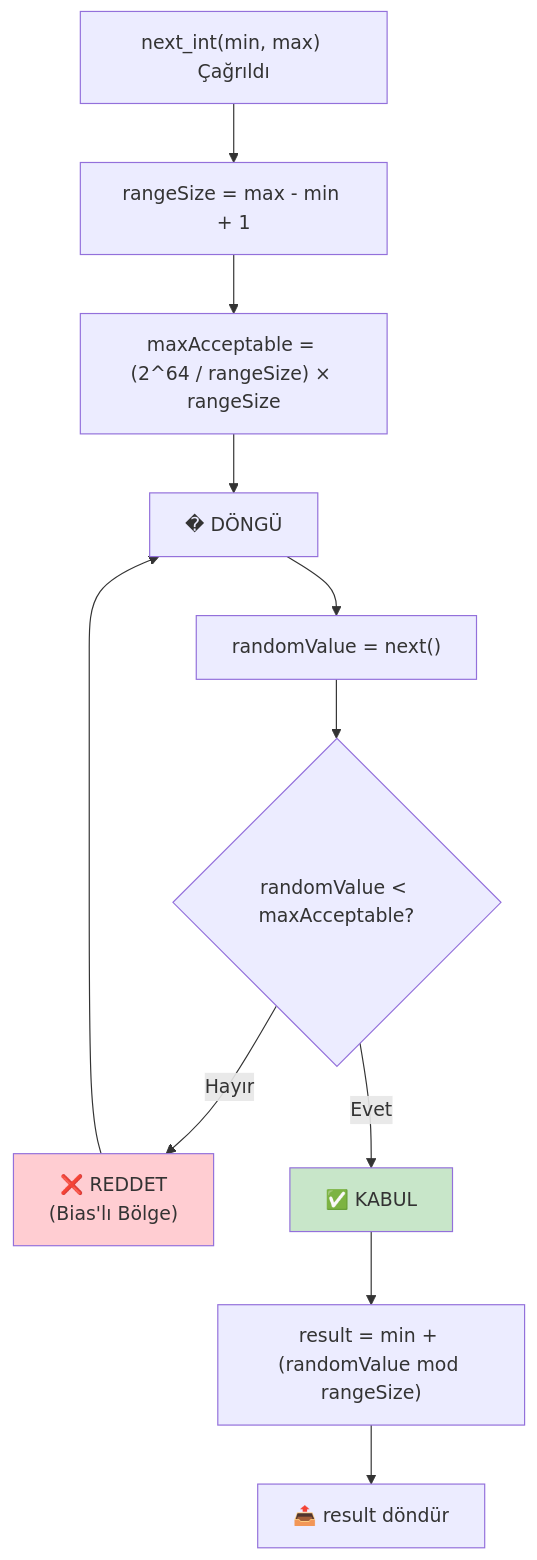
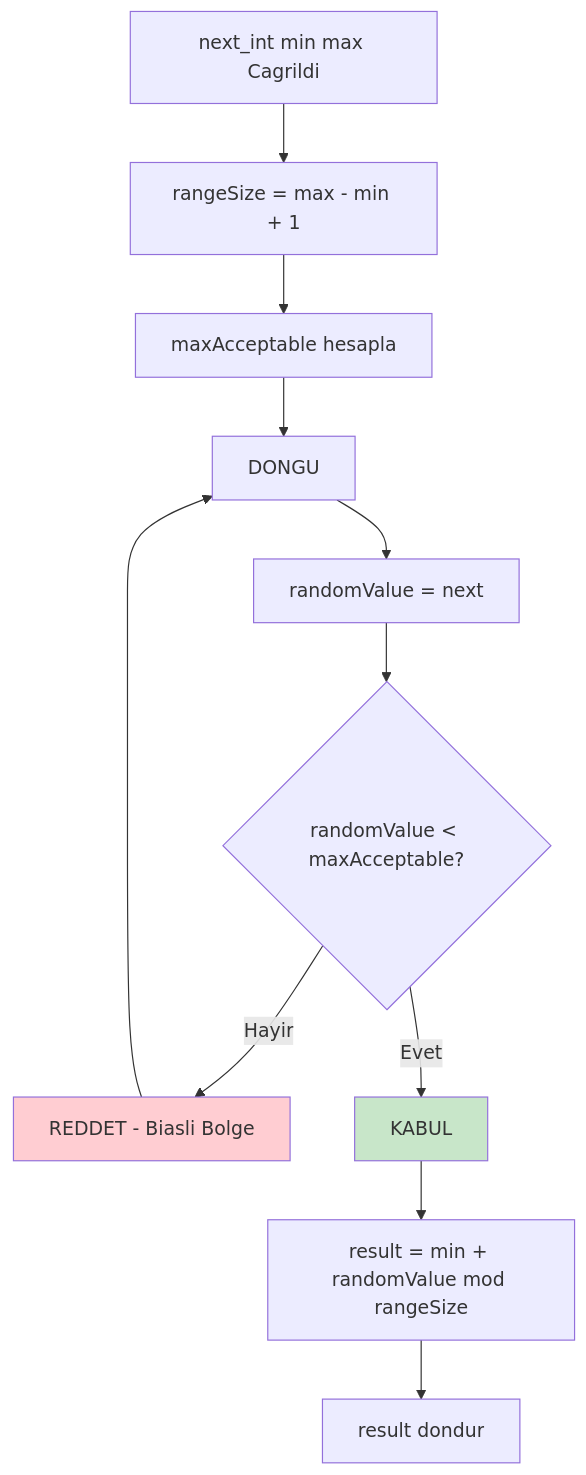
The seventh of 9 diagrams in docs/FLOWCHART.md (Samet230/Rastgele_Sayi_Ureteci), drawn with Mermaid before and after one commit. The commit also changed other lines of this file, not shown here.

Commit message:
fix: Mermaid syntax duzeltildi - GitHub uyumlulugu

````diff
--- a/docs/FLOWCHART.md
+++ b/docs/FLOWCHART.md
@@ -240,19 +240,19 @@
 ```mermaid
 flowchart TD
-    A["next_int(min, max) Çağrıldı"] --> B["rangeSize = max - min + 1"]
-    B --> C["maxAcceptable = (2^64 / rangeSize) × rangeSize"]
+    A["next_int min max Cagrildi"] --> B["rangeSize = max - min + 1"]
+    B --> C["maxAcceptable hesapla"]
     
-    C --> D["� DÖNGÜ"]
-    D --> E["randomValue = next()"]
+    C --> D["DONGU"]
+    D --> E["randomValue = next"]
     E --> F{randomValue < maxAcceptable?}
     
-    F -->|Hayır| G["❌ REDDET<br/>(Bias'lı Bölge)"]
+    F -->|Hayir| G["REDDET - Biasli Bolge"]
     G --> D
     
-    F -->|Evet| H["✅ KABUL"]
-    H --> I["result = min + (randomValue mod rangeSize)"]
-    I --> J["📤 result döndür"]
+    F -->|Evet| H["KABUL"]
+    H --> I["result = min + randomValue mod rangeSize"]
+    I --> J["result dondur"]
     
     style G fill:#ffcdd2
     style H fill:#c8e6c9
 ```
````
